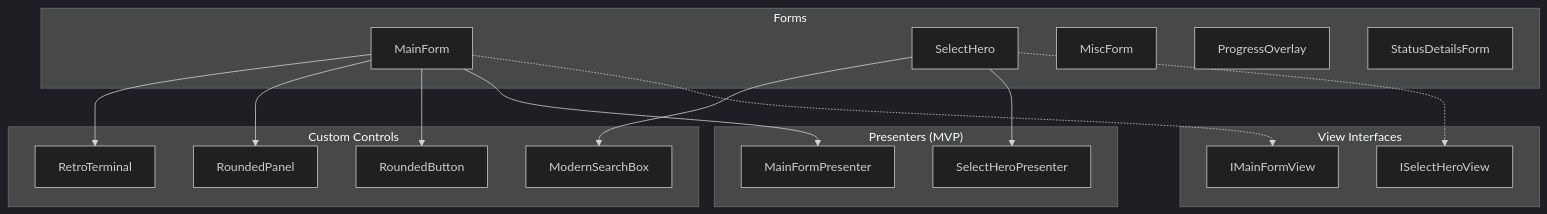
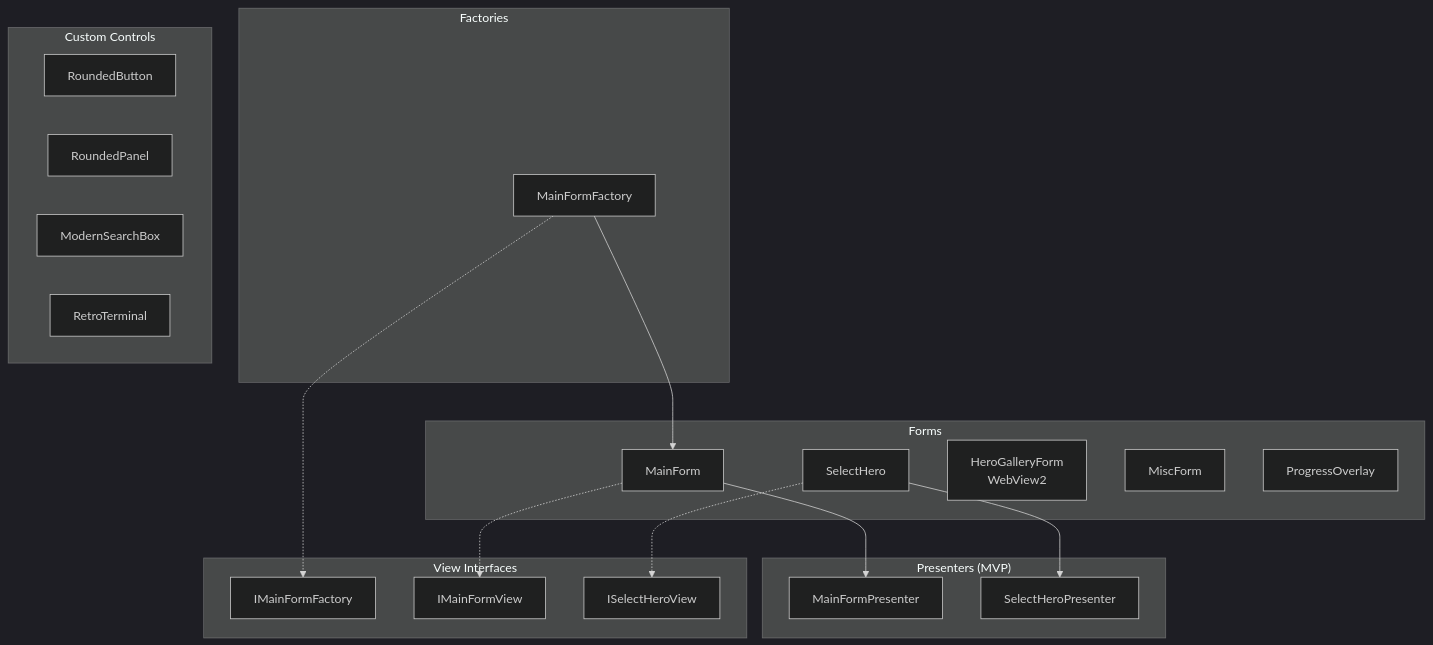
The diagram in docs/developer/api/ui-components.md (Anneardysa/ArdysaModsTools), drawn with Mermaid (dark theme) before and after one commit. The commit also changed other lines of this file and 22 other files, not shown here.

````diff
--- a/docs/developer/api/ui-components.md
+++ b/docs/developer/api/ui-components.md
@@ -9,36 +9,39 @@
 ```mermaid
 graph TB
     subgraph Forms["Forms"]
         MF[MainForm]
         SH[SelectHero]
+        HGF[HeroGalleryForm\nWebView2]
         MiscF[MiscForm]
         PO[ProgressOverlay]
-        SDF[StatusDetailsForm]
+    end
+
+    subgraph Factories["Factories"]
+        MFF[MainFormFactory]
     end
 
     subgraph Presenters["Presenters (MVP)"]
         MFP[MainFormPresenter]
         SHP[SelectHeroPresenter]
     end
 
     subgraph Controls["Custom Controls"]
         RB[RoundedButton]
         RP[RoundedPanel]
         MSB[ModernSearchBox]
         RT[RetroTerminal]
     end
 
     subgraph Interfaces["View Interfaces"]
+        IMFF[IMainFormFactory]
         IMFV[IMainFormView]
         ISHV[ISelectHeroView]
     end
 
+    MFF .-> IMFF
+    MFF --> MF
     MF .-> IMFV
     SH .-> ISHV
     MF --> MFP
     SH --> SHP
-    MF --> RB
-    MF --> RP
-    SH --> MSB
-    MF --> RT
 ```
````
